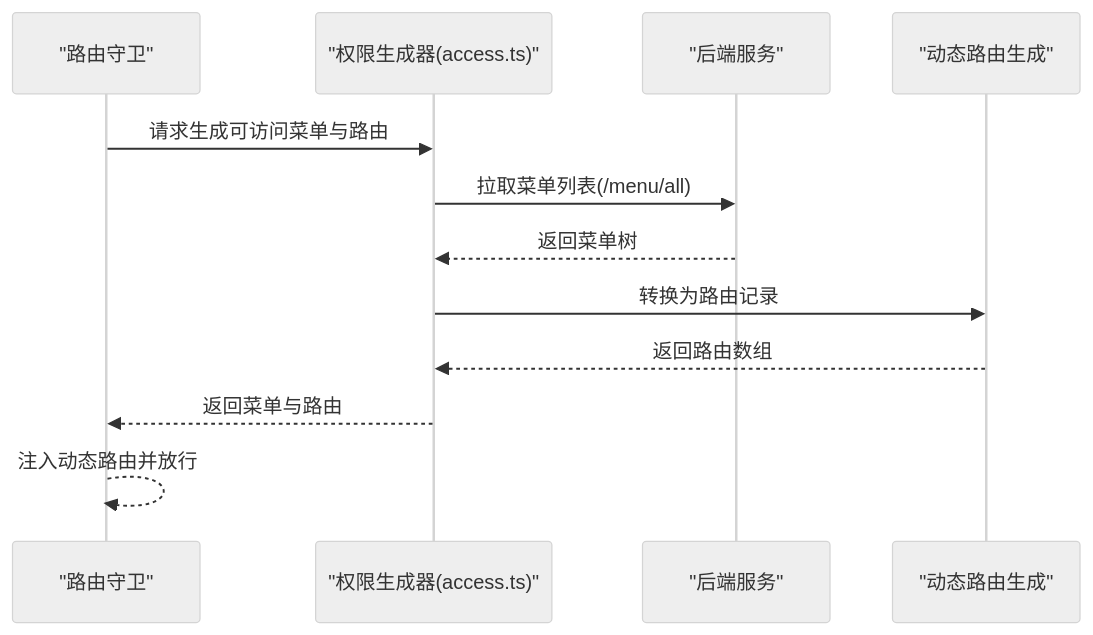
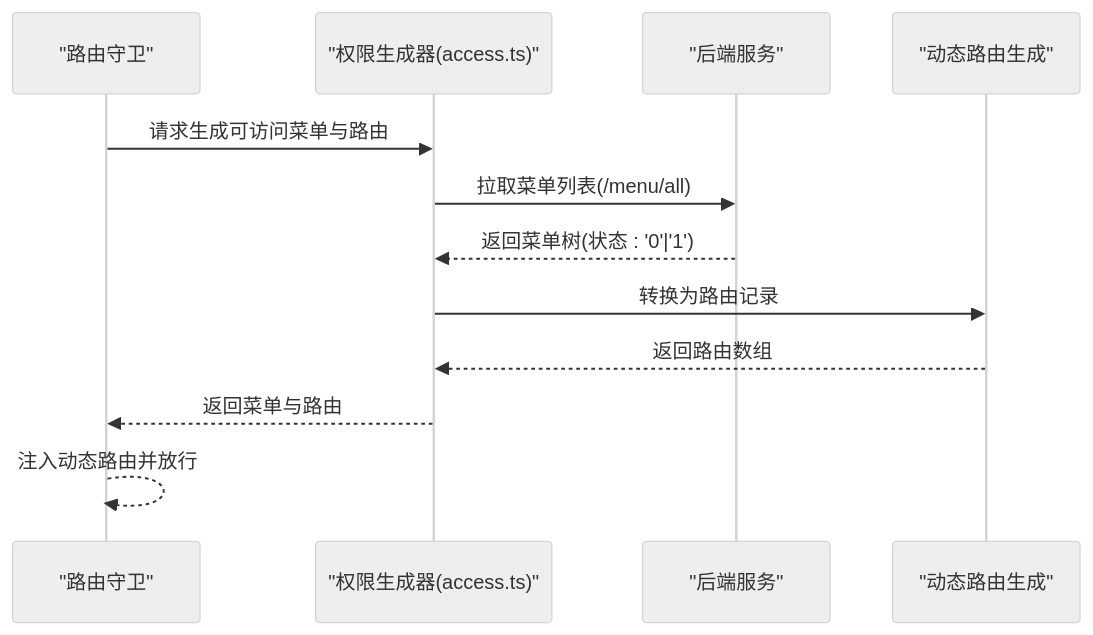
Before and after one commit to ShiRuYu/shiyu-ui: the sixth of 7 diagrams in .qoder/repowiki/zh/content/业务模块/菜单管理.md, drawn with Mermaid (neutral theme). The commit also changed other lines of this file and 37 other files, not shown here.

````diff
--- a/.qoder/repowiki/zh/content/业务模块/菜单管理.md
+++ b/.qoder/repowiki/zh/content/业务模块/菜单管理.md
@@ -278,14 +280,14 @@
 ```mermaid
 sequenceDiagram
 participant R as "路由守卫"
 participant A as "权限生成器(access.ts)"
 participant S as "后端服务"
 participant G as "动态路由生成"
 R->>A : 请求生成可访问菜单与路由
 A->>S : 拉取菜单列表(/menu/all)
-S-->>A : 返回菜单树
+S-->>A : 返回菜单树(状态 : '0'|'1')
 A->>G : 转换为路由记录
 G-->>A : 返回路由数组
 A-->>R : 返回菜单与路由
 R-->>R : 注入动态路由并放行
 ```
````
